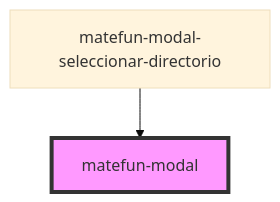
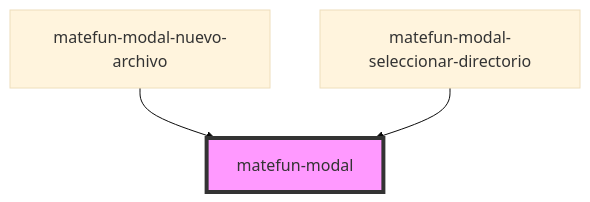
Before and after one commit to ncamera/matefun-components: the diagram in src/components/modal/readme.md, drawn with Mermaid (base theme). The commit also changed other lines of this file and 4 other files, not shown here.

First line of the commit message:
Se agrega un nuevo modal para crear archivos y directorios

````diff
--- a/src/components/modal/readme.md
+++ b/src/components/modal/readme.md
@@ -47,5 +48,6 @@
 ```mermaid
 graph TD;
+  matefun-modal-nuevo-archivo --> matefun-modal
   matefun-modal-seleccionar-directorio --> matefun-modal
   style matefun-modal fill:#f9f,stroke:#333,stroke-width:4px
 ```
````
